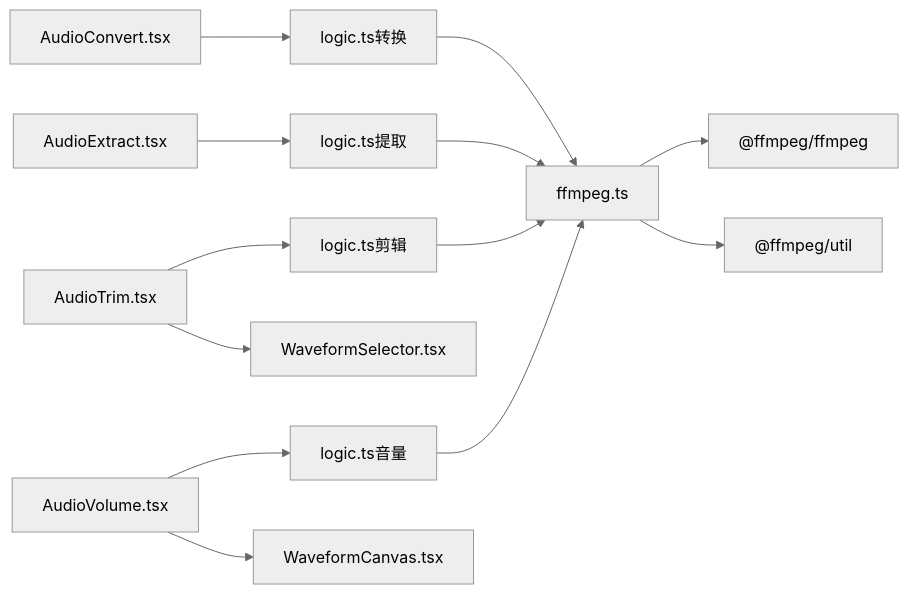
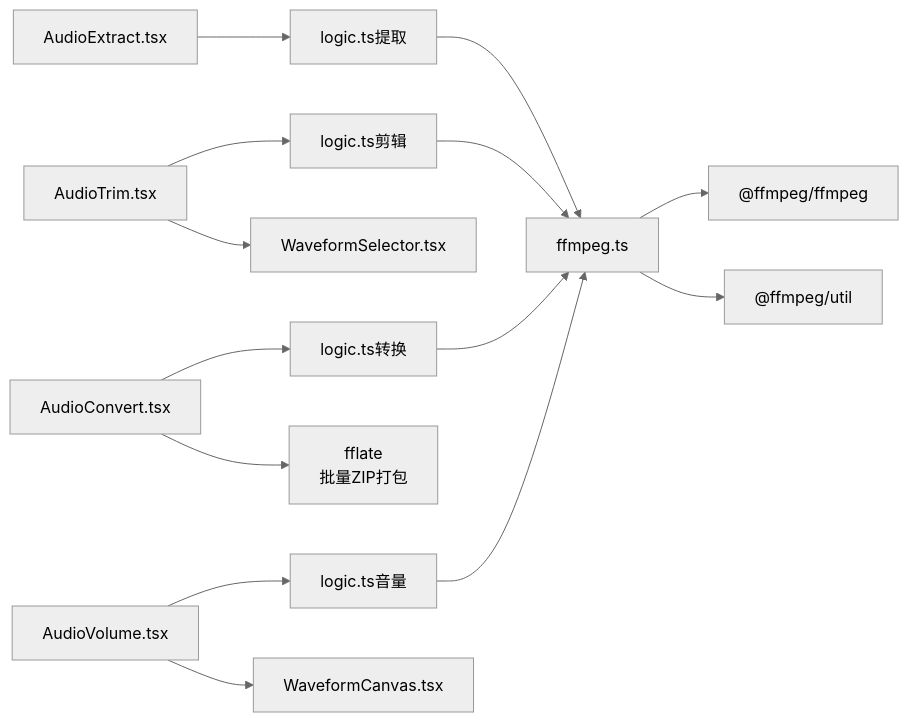
Before and after one commit to sgyy/privadeck: the seventh of 7 diagrams in .qoder/repowiki/zh/content/音频工具/音频工具.md, drawn with Mermaid (neutral theme). The commit also changed other lines of this file and 7 other files, not shown here.

````diff
--- a/.qoder/repowiki/zh/content/音频工具/音频工具.md
+++ b/.qoder/repowiki/zh/content/音频工具/音频工具.md
@@ -313,15 +322,16 @@
 ```mermaid
 graph LR
 A["AudioTrim.tsx"] --> L1["logic.ts剪辑"]
 B["AudioConvert.tsx"] --> L2["logic.ts转换"]
 C["AudioExtract.tsx"] --> L3["logic.ts提取"]
 D["AudioVolume.tsx"] --> L4["logic.ts音量"]
 D --> WC["WaveformCanvas.tsx"]
 A --> WS["WaveformSelector.tsx"]
 L1 --> F["ffmpeg.ts"]
 L2 --> F
 L3 --> F
 L4 --> F
 F --> W["@ffmpeg/ffmpeg"]
 F --> U["@ffmpeg/util"]
+B --> FF["fflate<br/>批量ZIP打包"]
 ```
````
